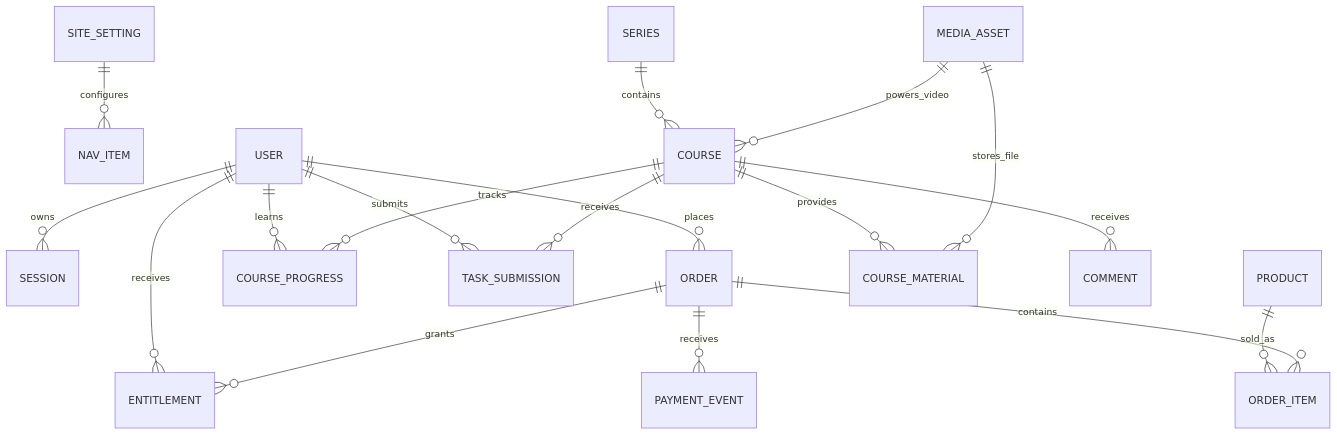
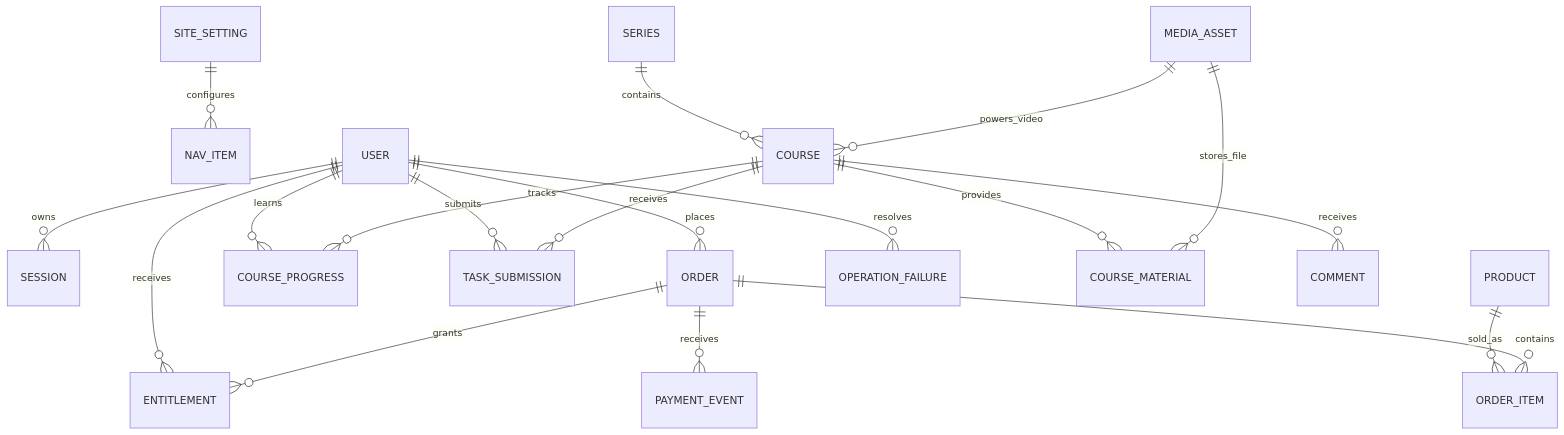
One commit to CzzzzzzJ/mdldm-knowledge-kit changed the second of 6 diagrams in ARCHITECTURE.md. Above: the diagram before and after it, drawn with Mermaid. The commit also changed other lines of this file and 44 other files, not shown here.

````diff
--- a/ARCHITECTURE.md
+++ b/ARCHITECTURE.md
@@ -79,23 +79,24 @@
 ```mermaid
 erDiagram
     SITE_SETTING ||--o{ NAV_ITEM : configures
     USER ||--o{ SESSION : owns
     USER ||--o{ ORDER : places
     USER ||--o{ ENTITLEMENT : receives
     USER ||--o{ COURSE_PROGRESS : learns
     USER ||--o{ TASK_SUBMISSION : submits
 
     PRODUCT ||--o{ ORDER_ITEM : sold_as
     ORDER ||--o{ ORDER_ITEM : contains
     ORDER ||--o{ PAYMENT_EVENT : receives
     ORDER ||--o{ ENTITLEMENT : grants
+    USER ||--o{ OPERATION_FAILURE : resolves
 
     SERIES ||--o{ COURSE : contains
     COURSE ||--o{ COURSE_PROGRESS : tracks
     COURSE ||--o{ COURSE_MATERIAL : provides
     COURSE ||--o{ TASK_SUBMISSION : receives
     COURSE ||--o{ COMMENT : receives
 
     MEDIA_ASSET ||--o{ COURSE : powers_video
     MEDIA_ASSET ||--o{ COURSE_MATERIAL : stores_file
 ```
````
